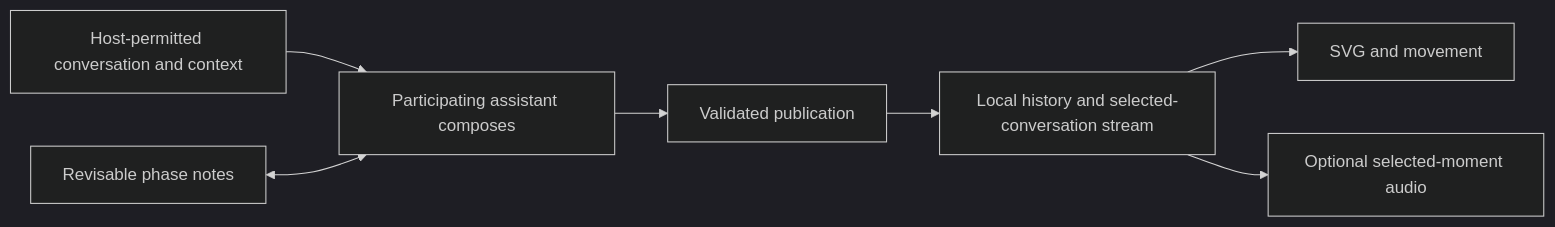
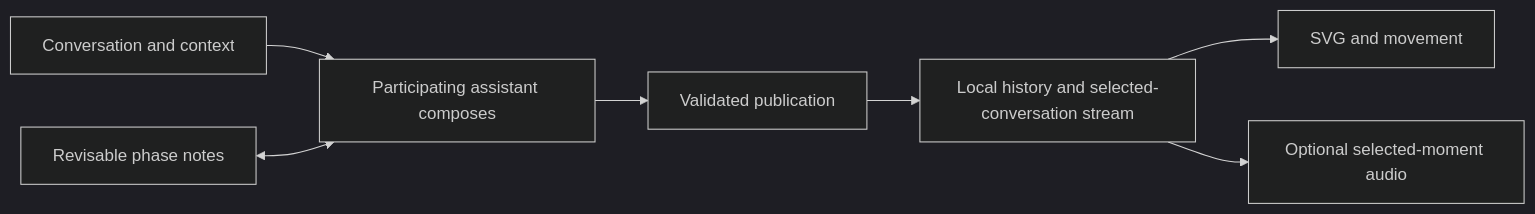
Before and after one commit to ebounds/field: the diagram in docs/project-handoff.md, drawn with Mermaid (dark theme). The commit also changed other lines of this file and 15 other files, not shown here.

````diff
--- a/docs/project-handoff.md
+++ b/docs/project-handoff.md
@@ -174,9 +164,9 @@
 ```mermaid
 flowchart LR
-    C[Host-permitted conversation and context] --> I[Participating assistant composes]
+    C[Conversation and context] --> I[Participating assistant composes]
     L[Revisable phase notes] <--> I
     I --> P[Validated publication]
     P --> S[Local history and selected-conversation stream]
     S --> V[SVG and movement]
     S --> A[Optional selected-moment audio]
 ```
````
